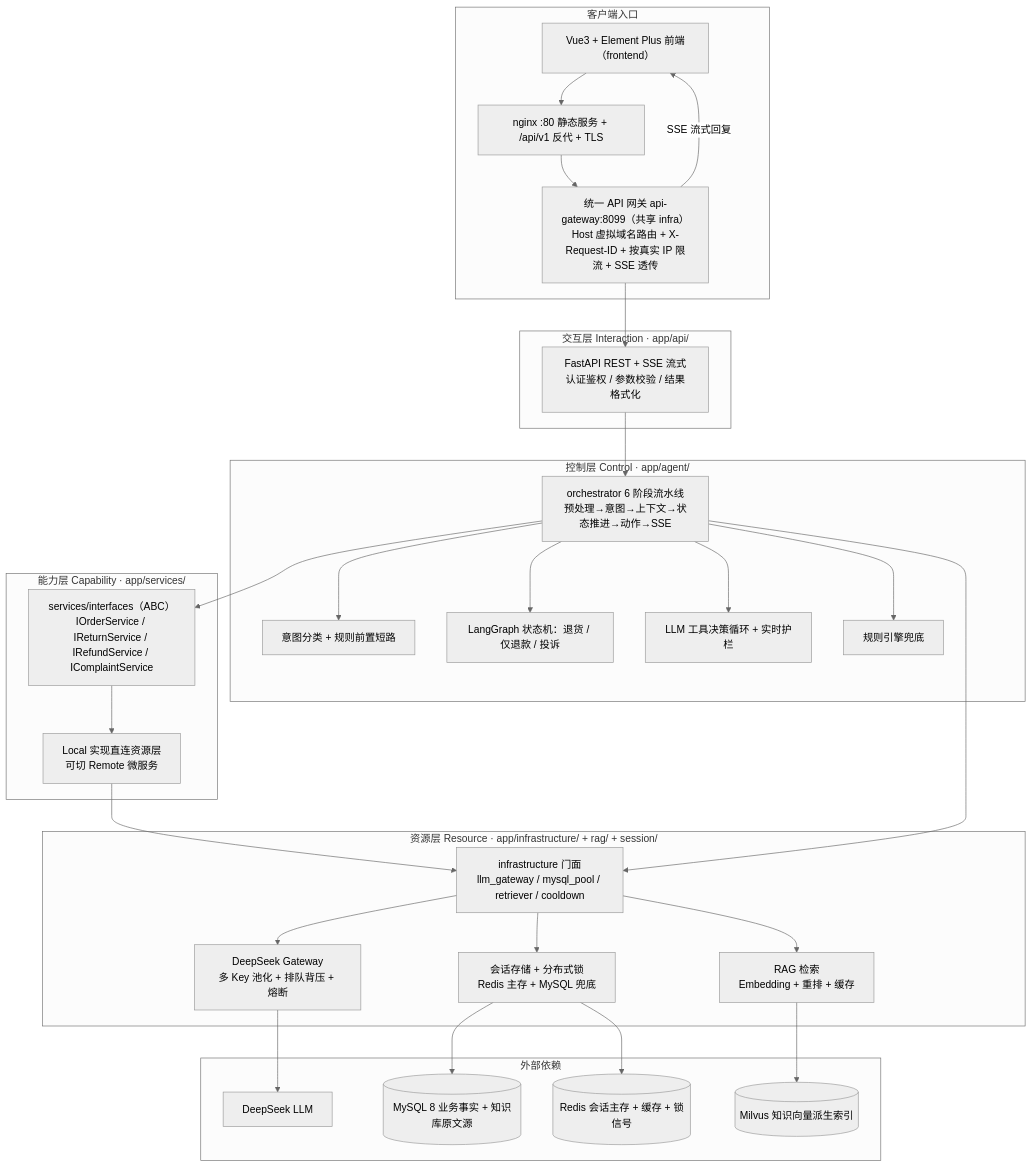
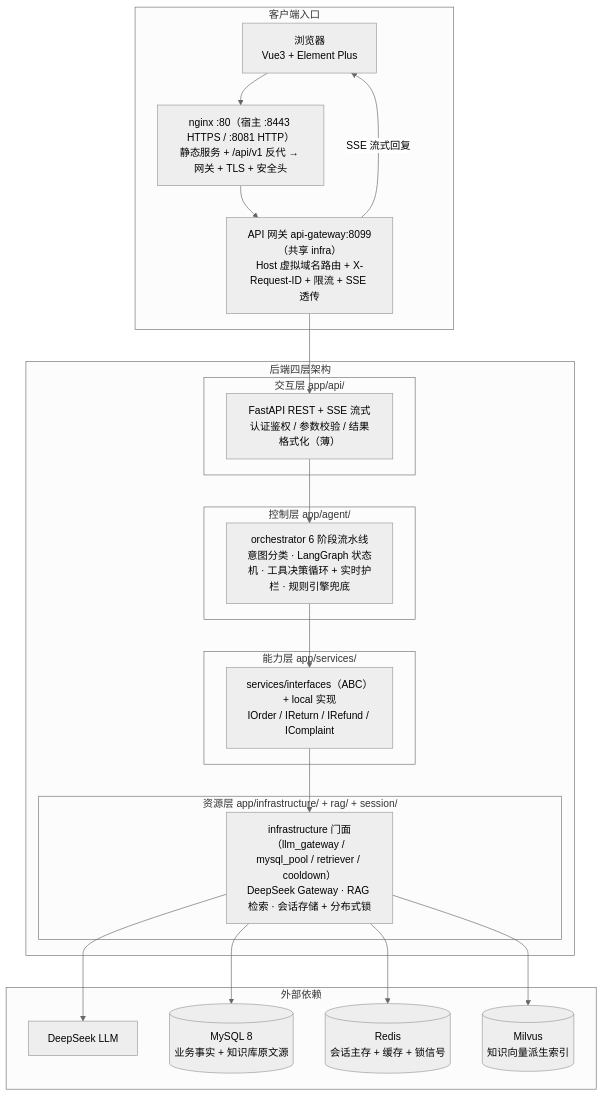
One commit to zhanggy1984/customer-service changed the diagram in README.md. Above: the diagram before and after it, drawn with Mermaid (neutral theme). The commit also changed other lines of this file, not shown here.

Commit message:
docs: README 统一四层架构格式 + 删除版本记录章节

````diff
--- a/README.md
+++ b/README.md
@@ -54,54 +53,40 @@
 ```mermaid
 graph TB
     subgraph 客户端入口
-        WEB["Vue3 + Element Plus 前端（frontend）"]
-        NGINX["nginx :80 静态服务 + /api/v1 反代 + TLS"]
-        GATEWAY["统一 API 网关 api-gateway:8099（共享 infra）<br/>Host 虚拟域名路由 + X-Request-ID + 按真实 IP 限流 + SSE 透传"]
+        WEB["浏览器<br/>Vue3 + Element Plus"]
+        NGINX["nginx :80（宿主 :8443 HTTPS / :8081 HTTP）<br/>静态服务 + /api/v1 反代 → 网关 + TLS + 安全头"]
+        GATEWAY["API 网关 api-gateway:8099（共享 infra）<br/>Host 虚拟域名路由 + X-Request-ID + 限流 + SSE 透传"]
     end
-    subgraph 交互层["交互层 Interaction · app/api/"]
-        API["FastAPI REST + SSE 流式<br/>认证鉴权 / 参数校验 / 结果格式化"]
-    end
-    subgraph 控制层["控制层 Control · app/agent/"]
-        ORCH["orchestrator 6 阶段流水线<br/>预处理→意图→上下文→状态推进→动作→SSE"]
-        INTENT["意图分类 + 规则前置短路"]
-        SM["LangGraph 状态机：退货 / 仅退款 / 投诉"]
-        LOOP["LLM 工具决策循环 + 实时护栏"]
-        RULE["规则引擎兜底"]
-    end
-    subgraph 能力层["能力层 Capability · app/services/"]
-        SVC["services/interfaces（ABC）<br/>IOrderService / IReturnService / IRefundService / IComplaintService"]
-        IMPL["Local 实现直连资源层<br/>可切 Remote 微服务"]
-    end
-    subgraph 资源层["资源层 Resource · app/infrastructure/ + rag/ + session/"]
-        FACADE["infrastructure 门面<br/>llm_gateway / mysql_pool / retriever / cooldown"]
-        GW["DeepSeek Gateway<br/>多 Key 池化 + 排队背压 + 熔断"]
-        RAG["RAG 检索<br/>Embedding + 重排 + 缓存"]
-        SESS["会话存储 + 分布式锁<br/>Redis 主存 + MySQL 兜底"]
+    subgraph 后端四层架构
+        subgraph 交互层["交互层 app/api/"]
+            L1["FastAPI REST + SSE 流式<br/>认证鉴权 / 参数校验 / 结果格式化（薄）"]
+        end
+        subgraph 控制层["控制层 app/agent/"]
+            L2["orchestrator 6 阶段流水线<br/>意图分类 · LangGraph 状态机 · 工具决策循环 + 实时护栏 · 规则引擎兜底"]
+        end
+        subgraph 能力层["能力层 app/services/"]
+            L3["services/interfaces（ABC）+ local 实现<br/>IOrder / IReturn / IRefund / IComplaint"]
+        end
+        subgraph 资源层["资源层 app/infrastructure/ + rag/ + session/"]
+            L4["infrastructure 门面（llm_gateway / mysql_pool / retriever / cooldown）<br/>DeepSeek Gateway · RAG 检索 · 会话存储 + 分布式锁"]
+        end
     end
     subgraph 外部依赖
         DS["DeepSeek LLM"]
-        MYSQL[(MySQL 8 业务事实 + 知识库原文源)]
-        REDIS[(Redis 会话主存 + 缓存 + 锁信号)]
-        MILVUS[(Milvus 知识向量派生索引)]
+        MYSQL[(MySQL 8<br/>业务事实 + 知识库原文源)]
+        REDIS[(Redis<br/>会话主存 + 缓存 + 锁信号)]
+        MILVUS[(Milvus<br/>知识向量派生索引)]
     end
 
-    WEB --> NGINX --> GATEWAY
+    WEB --> NGINX
+    NGINX --> GATEWAY
     GATEWAY -- SSE 流式回复 --> WEB
-    GATEWAY --> API
-    API --> ORCH
-    ORCH --> INTENT
-    ORCH --> SM
-    ORCH --> LOOP
-    ORCH --> RULE
-    ORCH --> SVC
-    SVC --> IMPL
-    IMPL --> FACADE
-    ORCH --> FACADE
-    FACADE --> GW
-    FACADE --> RAG
-    FACADE --> SESS
-    GW --> DS
-    RAG --> MILVUS
-    SESS --> REDIS
-    SESS --> MYSQL
+    GATEWAY --> L1
+    L1 --> L2
+    L2 --> L3
+    L3 --> L4
+    L4 --> DS
+    L4 --> MILVUS
+    L4 --> REDIS
+    L4 --> MYSQL
 ```
````
